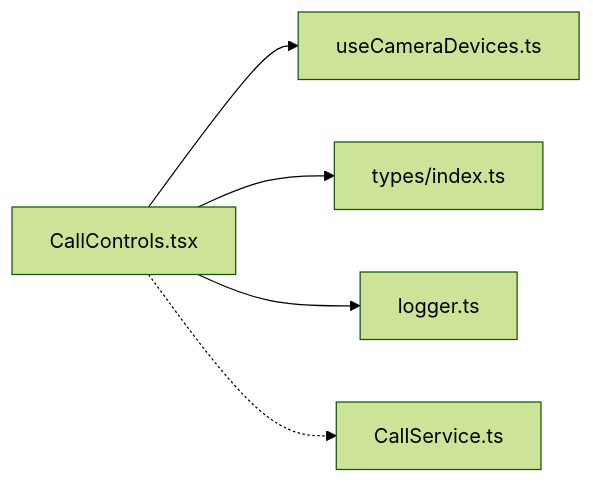
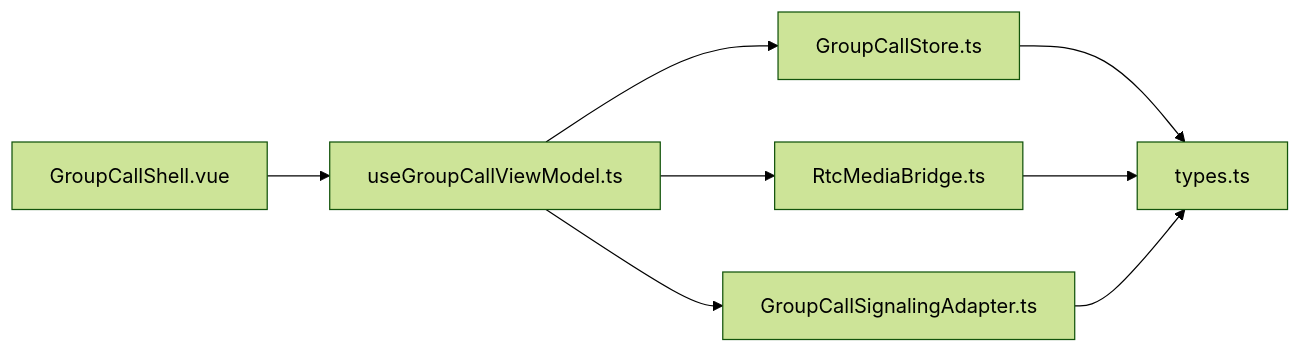
Before and after one commit to Easemob-Community/easemob-uikit-callkit-vue3: the third of 3 diagrams in .qoder/repowiki/zh/content/核心组件/群组通话组件/多人群组控件组.md, drawn with Mermaid (forest theme). The commit also changed other lines of this file and 54 other files, not shown here.

First line of the commit message:
refactor: 清理废弃代码 + 移出 RtcService 实例 + API 便捷性优化

````diff
--- a/.qoder/repowiki/zh/content/核心组件/群组通话组件/多人群组控件组.md
+++ b/.qoder/repowiki/zh/content/核心组件/群组通话组件/多人群组控件组.md
@@ -242,7 +344,10 @@
 ```mermaid
 graph LR
-CC["CallControls.tsx"] --> UCD["useCameraDevices.ts"]
-CC --> Types["types/index.ts"]
-CC --> LOG["logger.ts"]
-CC -.-> CS["CallService.ts"]
+GCS["GroupCallShell.vue"] --> VM["useGroupCallViewModel.ts"]
+VM --> Store["GroupCallStore.ts"]
+VM --> Bridge["RtcMediaBridge.ts"]
+VM --> Signaling["GroupCallSignalingAdapter.ts"]
+Store --> Types["types.ts"]
+Bridge --> Types
+Signaling --> Types
 ```
````
